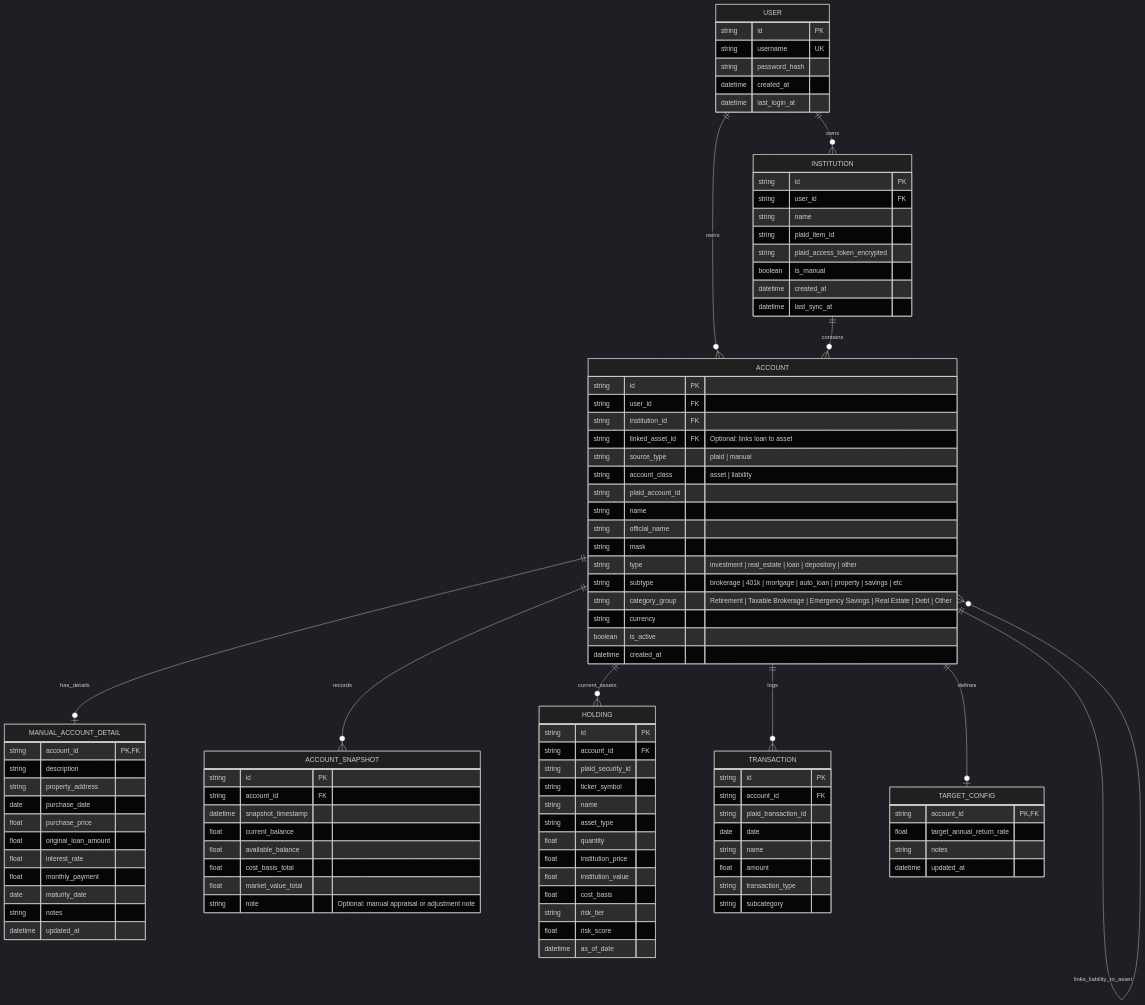
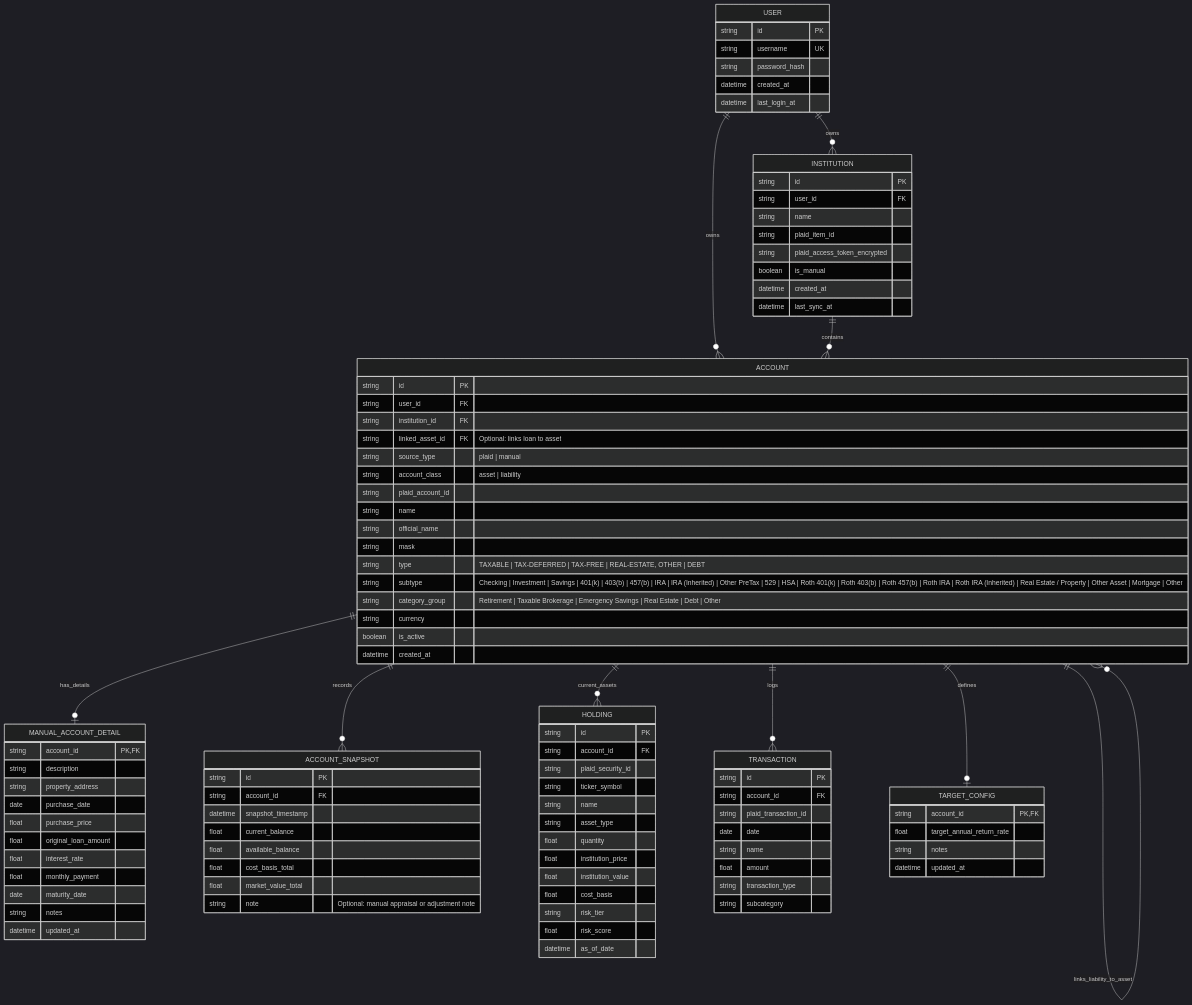
Before and after one commit to bryanjacquot/invest: the third of 3 diagrams in specs/DESIGN.md, drawn with Mermaid (dark theme). The commit also changed 14 other files, not shown here.

Commit message:
Cleaned up the Account type, subtype, and category attributes.

```diff
--- a/specs/DESIGN.md
+++ b/specs/DESIGN.md
@@ -262,8 +262,8 @@
         string name
         string official_name
         string mask
-        string type "investment | real_estate | loan | depository | other"
-        string subtype "brokerage | 401k | mortgage | auto_loan | property | savings | etc"
+        string type "TAXABLE | TAX-DEFERRED | TAX-FREE | REAL-ESTATE, OTHER | DEBT"
+        string subtype "Checking | Investment | Savings | 401(k) | 403(b) | 457(b) | IRA | IRA (Inherited) | Other PreTax | 529 | HSA | Roth 401(k) | Roth 403(b) | Roth 457(b) | Roth IRA | Roth IRA (Inherited) | Real Estate / Property | Other Asset | Mortgage | Other"
         string category_group "Retirement | Taxable Brokerage | Emergency Savings | Real Estate | Debt | Other"
         string currency
         boolean is_active
```
